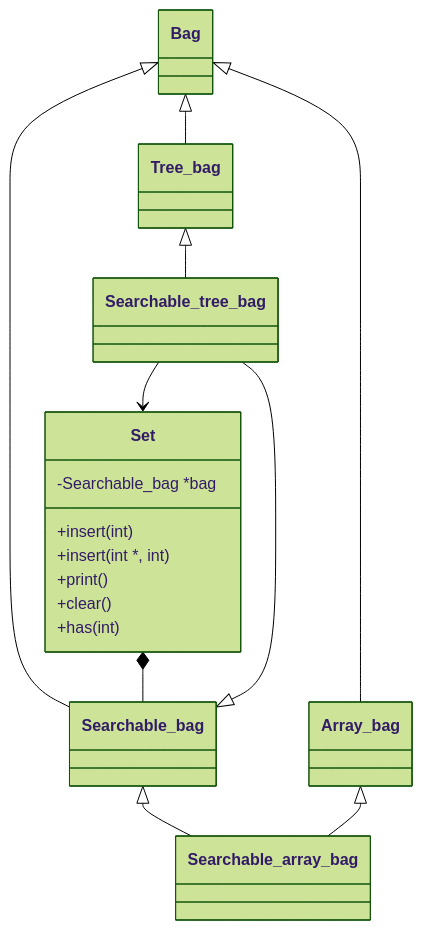
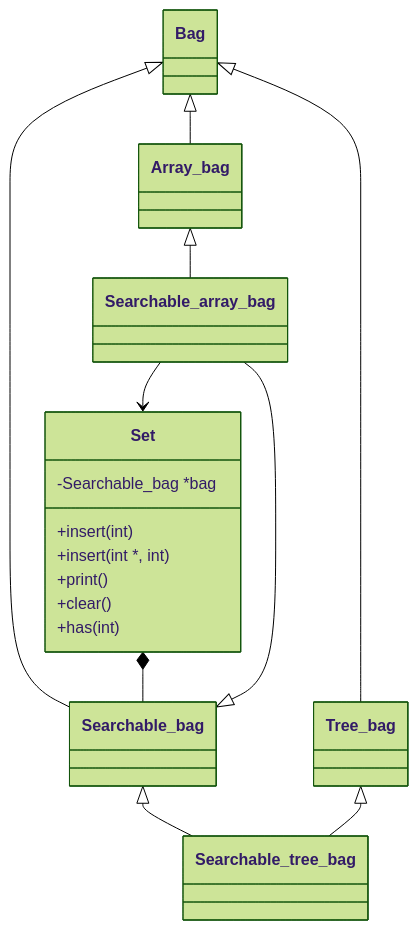
One commit to luismiguelcasadodiaz/Exam_rank_05 changed the diagram in l0/polyset/README.md. Above: the diagram before and after it, drawn with Mermaid (forest theme).

````diff
--- a/l0/polyset/README.md
+++ b/l0/polyset/README.md
@@ -16,26 +16,26 @@
 ```mermaid
 classDiagram
   class Bag
   class Array_bag
   class Tree_bag
   class Searchable_bag
   class Searchable_array_bag
   class Searchable_tree_bag
   class Set
   %% plot Set after Searchable_tree_bag
-  Searchable_tree_bag --> Set
+  Searchable_array_bag --> Set
   Set : -Searchable_bag *bag
   Set : +insert(int)
   Set : +insert(int *, int)
   Set : +print()
   Set : +clear()
   Set : +has(int)
   Bag <|-- Array_bag
   Bag <|-- Tree_bag
   Bag <|-- Searchable_bag
   Searchable_bag <|-- Searchable_tree_bag
   Searchable_bag <|-- Searchable_array_bag
   Tree_bag <|-- Searchable_tree_bag
   Array_bag <|-- Searchable_array_bag
   Set *-- Searchable_bag
 ```
````
